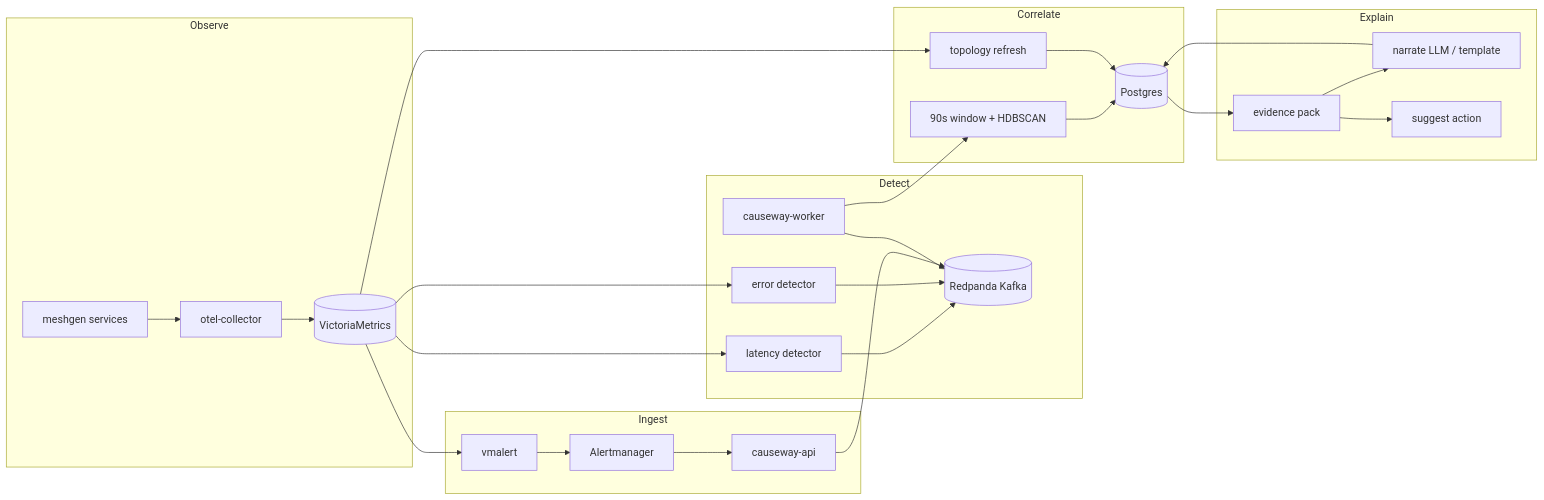
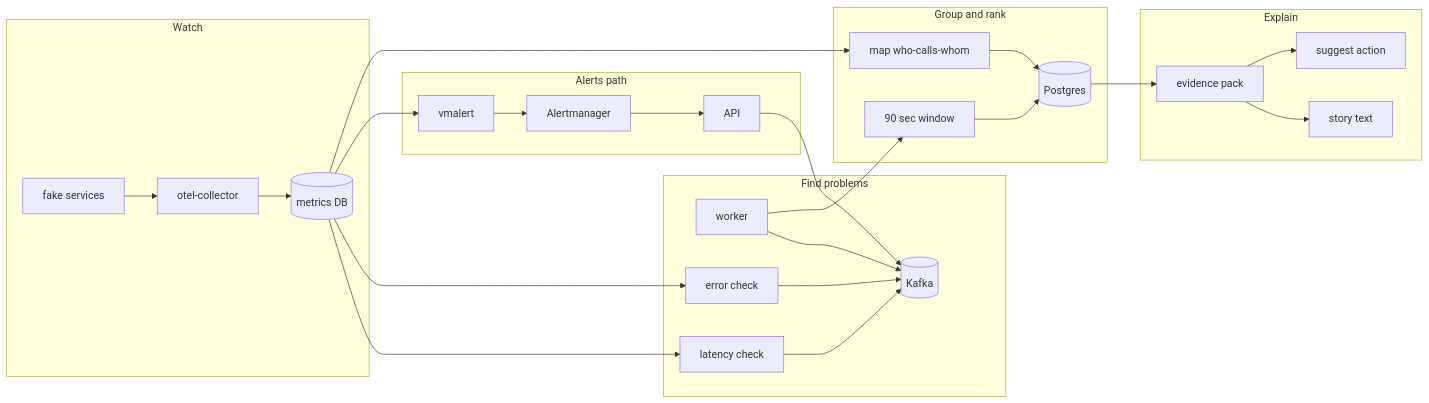
The diagram in understanding.md (Mayank-Bhawsar/Causeway), drawn with Mermaid before and after one commit. The commit also changed other lines of this file, not shown here.

````diff
--- a/understanding.md
+++ b/understanding.md
@@ -42,42 +65,41 @@
 ```mermaid
 flowchart LR
-  subgraph Observe
-    M[meshgen services]
+  subgraph Watch
+    M[fake services]
     OT[otel-collector]
-    VM[(VictoriaMetrics)]
+    VM[(metrics DB)]
     M --> OT --> VM
   end
 
-  subgraph Detect
-    W[causeway-worker]
-    D1[latency detector]
-    D2[error detector]
+  subgraph Find problems
+    W[worker]
+    D1[latency check]
+    D2[error check]
     VM --> D1
     VM --> D2
     D1 --> K
     D2 --> K
   end
 
-  subgraph Ingest
-    API[causeway-api]
+  subgraph Alerts path
+    API[API]
     AM[Alertmanager]
     VA[vmalert]
     VM --> VA --> AM --> API
-    API --> K[(Redpanda Kafka)]
+    API --> K[(Kafka)]
   end
 
-  subgraph Correlate
+  subgraph Group and rank
     W --> K
-    W --> CORR[90s window + HDBSCAN]
+    W --> CORR[90 sec window]
     CORR --> PG[(Postgres)]
-    TOPO[topology refresh] --> PG
+    TOPO[map who-calls-whom] --> PG
     VM --> TOPO
   end
 
   subgraph Explain
     PG --> EV[evidence pack]
-    EV --> NAR[narrate LLM / template]
+    EV --> NAR[story text]
     EV --> ACT[suggest action]
-    NAR --> PG
   end
 ```
````
